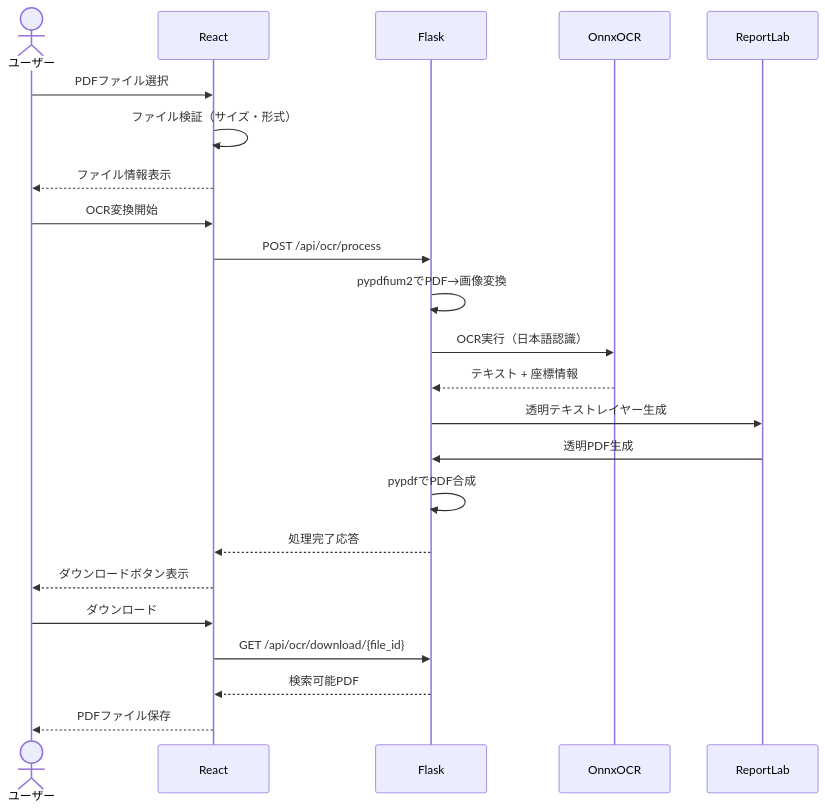
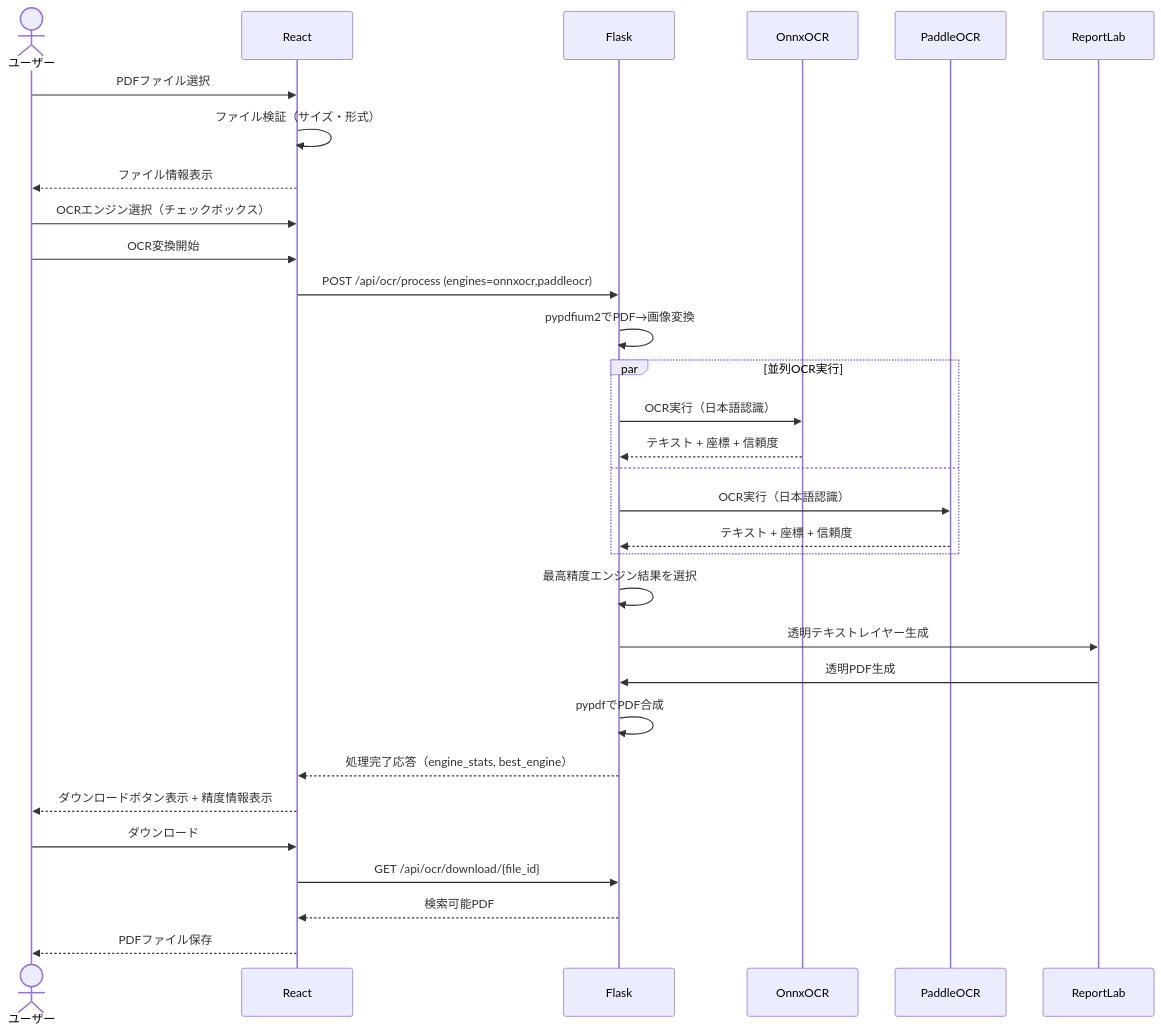
One commit to J1921604/OCR-PDF-Converter changed the second of 5 diagrams in specs/001-OCR-PDF-Converter/spec.md. Above: the diagram before and after it, drawn with Mermaid. The commit also changed other lines of this file and 1 other file, not shown here.

````diff
--- a/specs/001-OCR-PDF-Converter/spec.md
+++ b/specs/001-OCR-PDF-Converter/spec.md
@@ -54,26 +63,34 @@
 ```mermaid
 sequenceDiagram
     actor ユーザー
     participant React
     participant Flask
     participant OnnxOCR
+    participant PaddleOCR
     participant ReportLab
 
     ユーザー->>React: PDFファイル選択
     React->>React: ファイル検証（サイズ・形式）
     React-->>ユーザー: ファイル情報表示
+    ユーザー->>React: OCRエンジン選択（チェックボックス）
     ユーザー->>React: OCR変換開始
-    React->>Flask: POST /api/ocr/process
+    React->>Flask: POST /api/ocr/process (engines=onnxocr,paddleocr)
     Flask->>Flask: pypdfium2でPDF→画像変換
-    Flask->>OnnxOCR: OCR実行（日本語認識）
-    OnnxOCR-->>Flask: テキスト + 座標情報
+    par 並列OCR実行
+        Flask->>OnnxOCR: OCR実行（日本語認識）
+        OnnxOCR-->>Flask: テキスト + 座標 + 信頼度
+    and
+        Flask->>PaddleOCR: OCR実行（日本語認識）
+        PaddleOCR-->>Flask: テキスト + 座標 + 信頼度
+    end
+    Flask->>Flask: 最高精度エンジン結果を選択
     Flask->>ReportLab: 透明テキストレイヤー生成
     ReportLab->>Flask: 透明PDF生成
     Flask->>Flask: pypdfでPDF合成
-    Flask-->>React: 処理完了応答
-    React-->>ユーザー: ダウンロードボタン表示
+    Flask-->>React: 処理完了応答（engine_stats, best_engine）
+    React-->>ユーザー: ダウンロードボタン表示 + 精度情報表示
     ユーザー->>React: ダウンロード
     React->>Flask: GET /api/ocr/download/{file_id}
     Flask-->>React: 検索可能PDF
     React-->>ユーザー: PDFファイル保存
 ```
````
